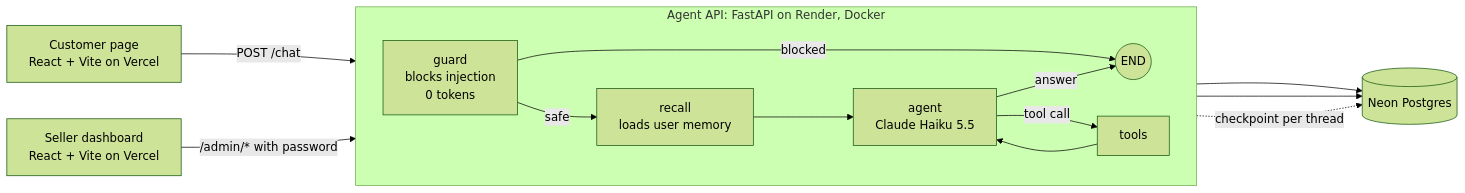
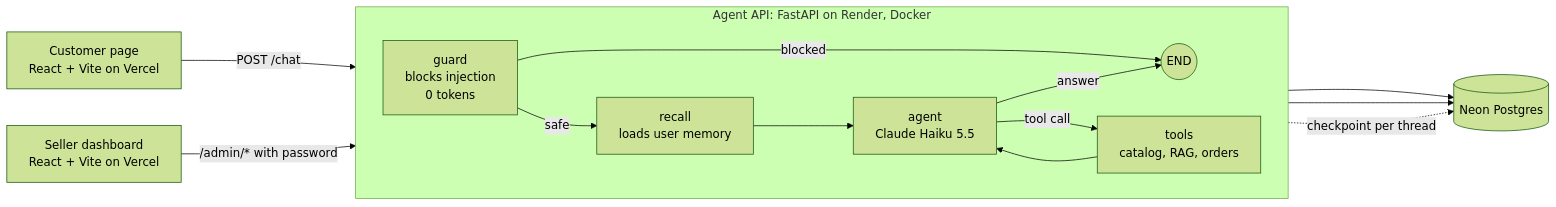
Before and after one commit to aimennnnn/shopbot: the diagram in README.md, drawn with Mermaid (forest theme). The commit also changed other lines of this file and 18 other files, not shown here.

````diff
--- a/README.md
+++ b/README.md
@@ -22,19 +22,19 @@
 ```mermaid
 flowchart LR
     C[Customer page<br/>React + Vite on Vercel] -->|POST /chat| API
     S[Seller dashboard<br/>React + Vite on Vercel] -->|/admin/* with password| API
 
     subgraph API[Agent API: FastAPI on Render, Docker]
         direction LR
         G[guard<br/>blocks injection<br/>0 tokens] -->|safe| R[recall<br/>loads user memory]
         G -->|blocked| E((END))
         R --> A[agent<br/>Claude Haiku 5.5]
-        A -->|tool call| T[tools]
+        A -->|tool call| T[tools<br/>catalog, RAG, orders]
         T --> A
         A -->|answer| E
     end
 
     T --> DB[(Neon Postgres)]
     R --> DB
     A -.checkpoint per thread.-> DB
 ```
````
